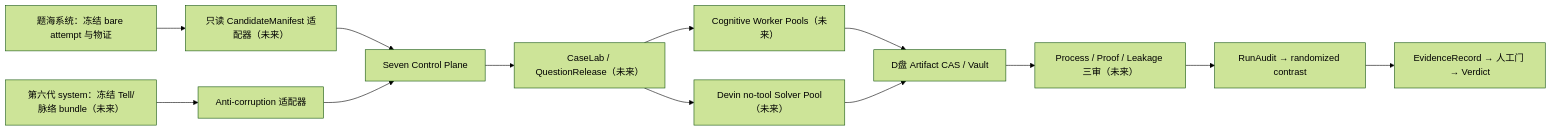
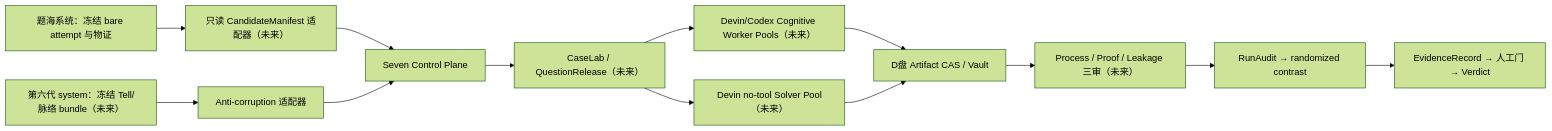
One commit to math-fournity/Master-Mind changed the diagram in seven-system/docs/architecture.md. Above: the diagram before and after it, drawn with Mermaid (forest theme). The commit also changed other lines of this file and 72 other files, not shown here.

````diff
--- a/seven-system/docs/architecture.md
+++ b/seven-system/docs/architecture.md
@@ -37,15 +37,15 @@
 ```mermaid
 flowchart LR
     A["题海系统：冻结 bare attempt 与物证"] --> B["只读 CandidateManifest 适配器（未来）"]
     S["第六代 system：冻结 Tell/脉络 bundle（未来）"] --> C["Anti-corruption 适配器"]
     B --> D["Seven Control Plane"]
     C --> D
     D --> Q["CaseLab / QuestionRelease（未来）"]
-    Q --> W["Cognitive Worker Pools（未来）"]
+    Q --> W["Devin/Codex Cognitive Worker Pools（未来）"]
     Q --> E["Devin no-tool Solver Pool（未来）"]
     W --> F["D盘 Artifact CAS / Vault"]
     E --> F
     F --> G["Process / Proof / Leakage 三审（未来）"]
     G --> H["RunAudit → randomized contrast"]
     H --> I["EvidenceRecord → 人工门 → Verdict"]
 ```
````
